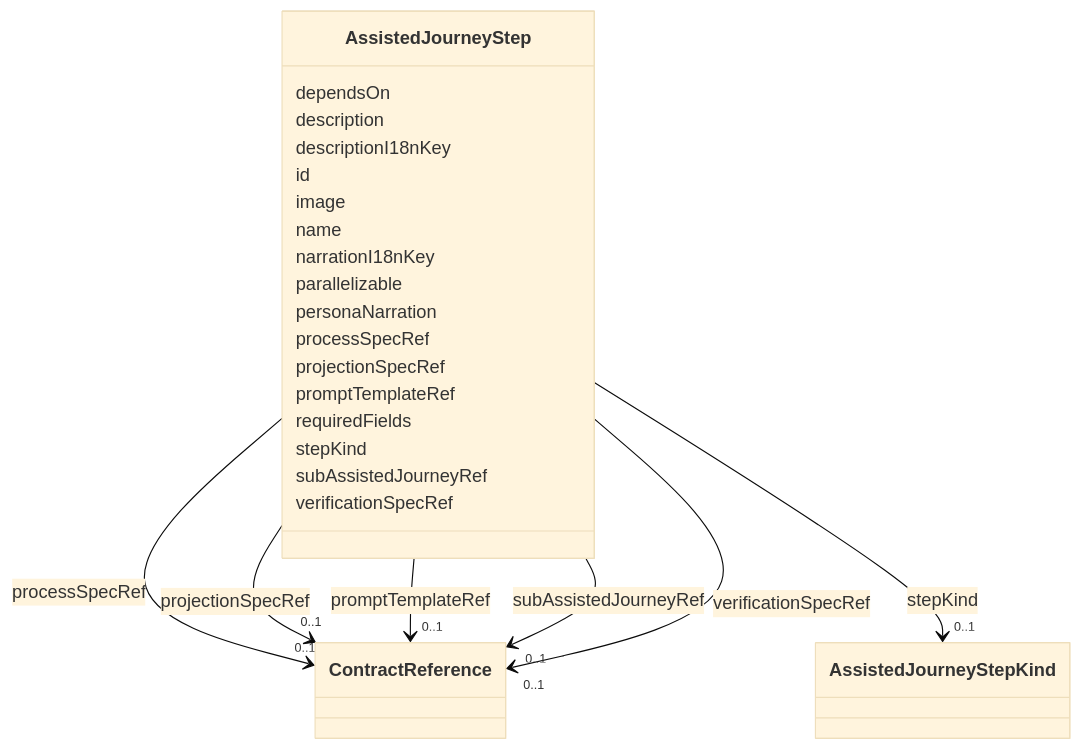
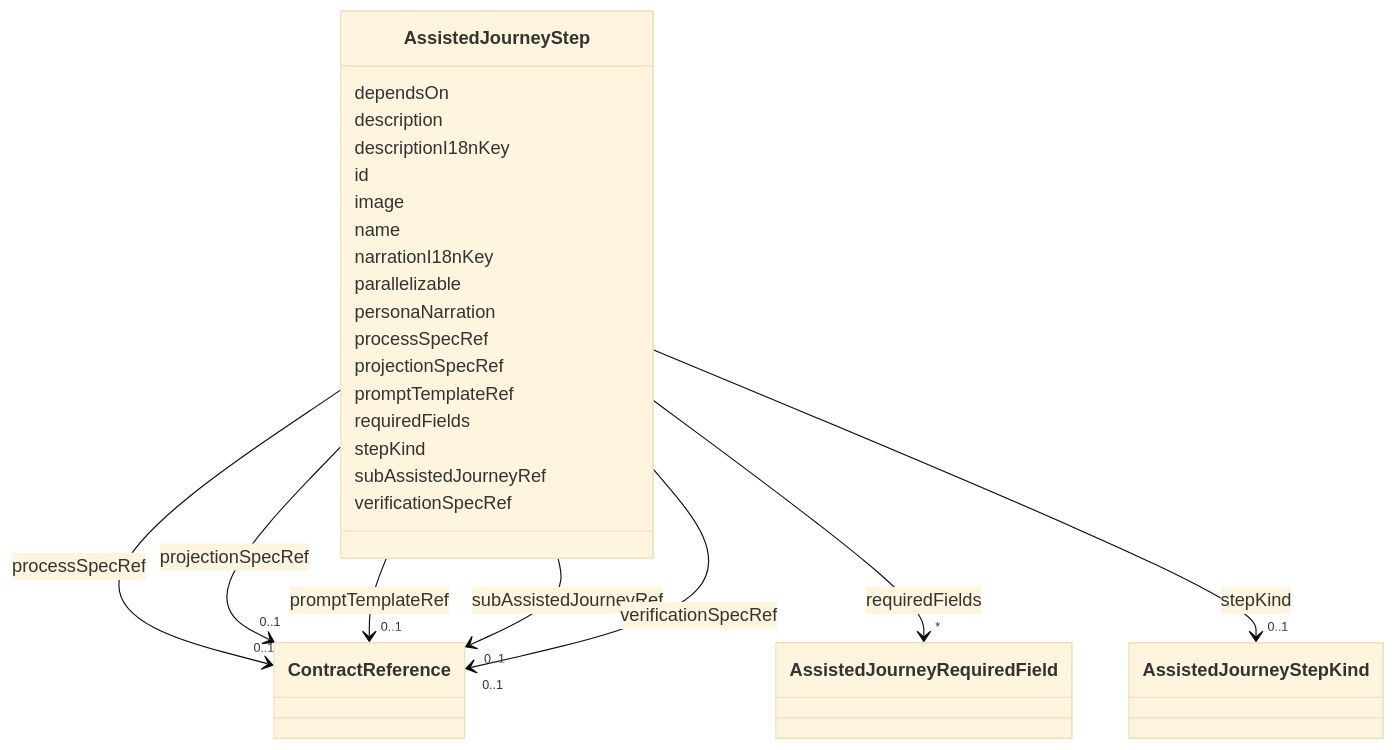
The diagram in metamodel/generated/docs/AssistedJourneyStep.md (open4good/jumo-core), drawn with Mermaid (base theme) before and after one commit. The commit also changed other lines of this file and 36 other files, not shown here.

First line of the commit message:
feat(metamodel,corpus,policy): declare a per-field i18n key on AssistedJourneyStep.requiredFields (AC1)

```diff
--- a/metamodel/generated/docs/AssistedJourneyStep.md
+++ b/metamodel/generated/docs/AssistedJourneyStep.md
@@ -77,6 +77,15 @@
 
       AssistedJourneyStep : requiredFields
 
+
+
+
+
+        AssistedJourneyStep --> "*" AssistedJourneyRequiredField : requiredFields
+        click AssistedJourneyRequiredField href "../AssistedJourneyRequiredField/"
+
+
+
       AssistedJourneyStep : stepKind
 
 
```
